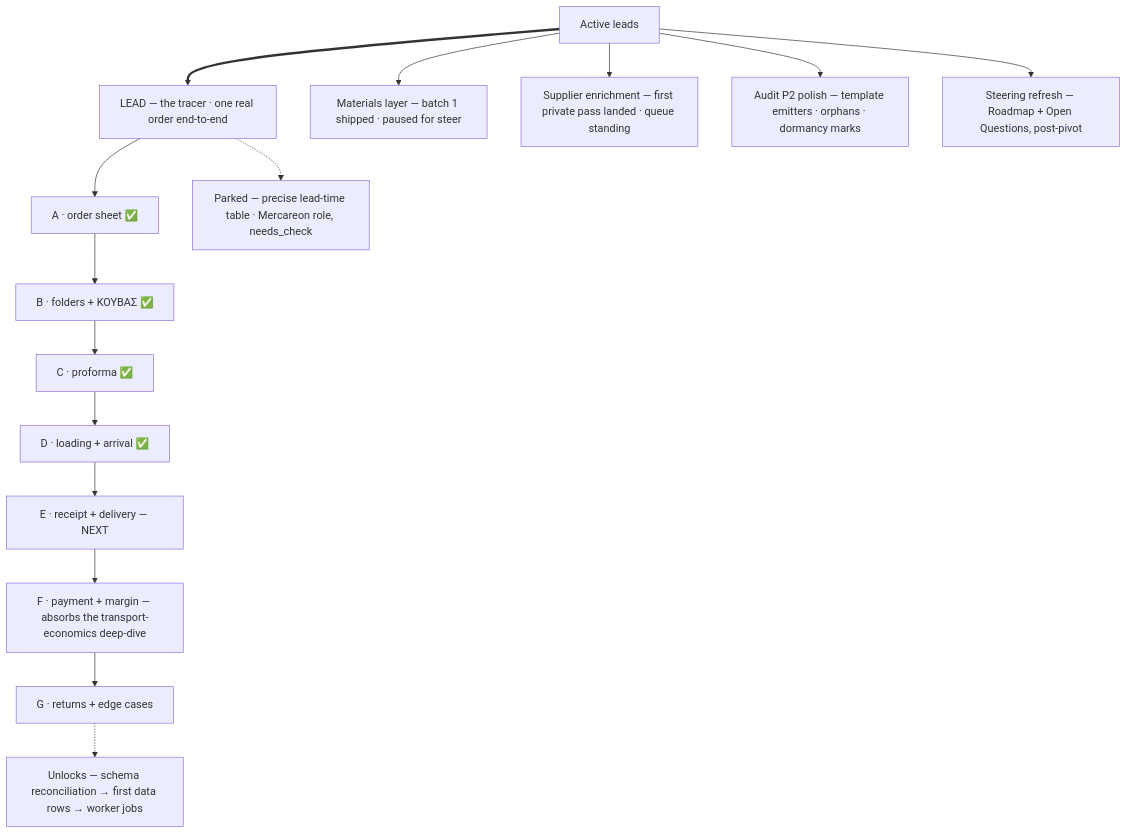
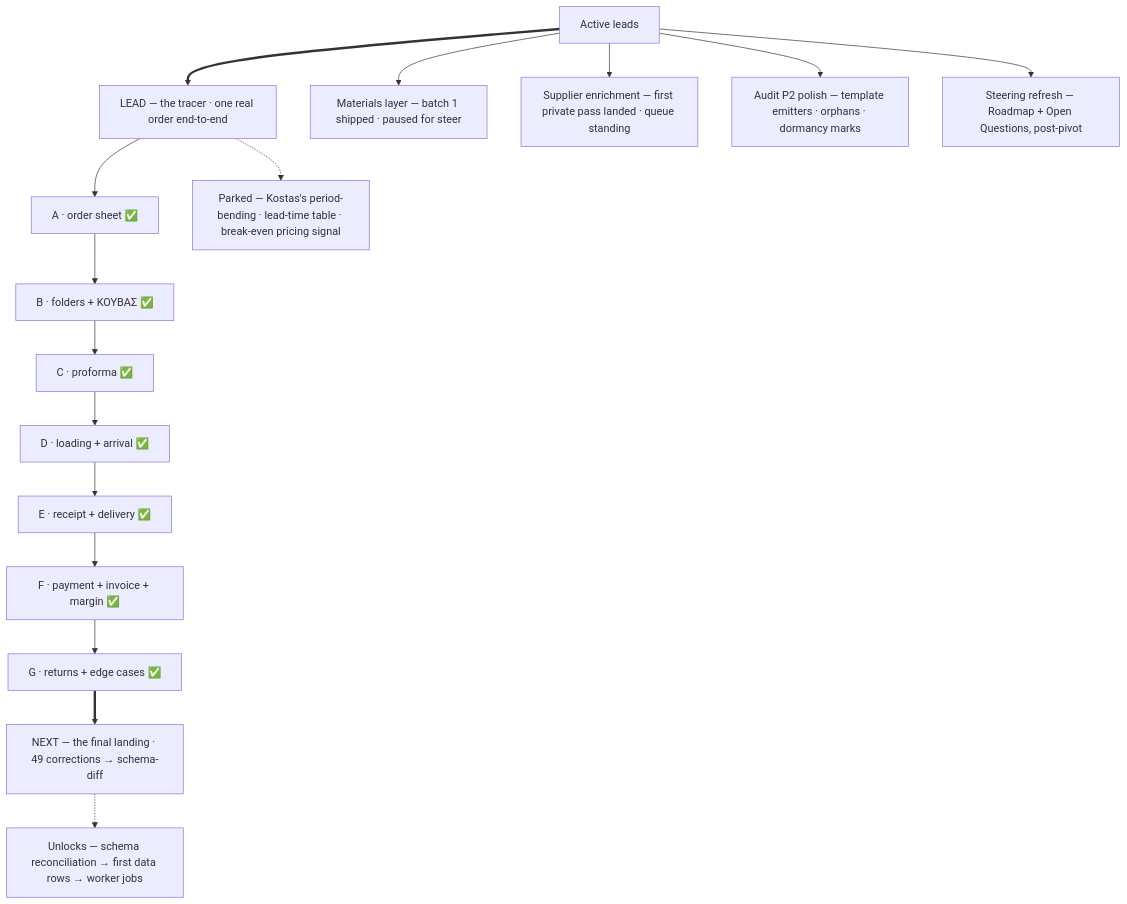
Before and after one commit to OrfeasDelis/afoi-deli-vault: the fourth of 4 diagrams in README.md, drawn with Mermaid. The commit also changed other lines of this file and 7 other files, not shown here.

Commit message:
docs: tracer interview COMPLETE — batches E/F/G settled, whole A-G walk done (49 schema-corrections); deleted Mercareon entity; state + repo analysis v1.3 + session log

````diff
--- a/README.md
+++ b/README.md
@@ -105,17 +105,18 @@
 ```mermaid
 graph TD
     leads["Active leads"] ==> tracer["LEAD — the tracer · one real order end-to-end"]
     leads --> mat["Materials layer — batch 1 shipped · paused for steer"]
     leads --> enr["Supplier enrichment — first private pass landed · queue standing"]
     leads --> p2["Audit P2 polish — template emitters · orphans · dormancy marks"]
     leads --> steer["Steering refresh — Roadmap + Open Questions, post-pivot"]
     tracer --> ta["A · order sheet ✅"]
     ta --> tb["B · folders + ΚΟΥΒΑΣ ✅"]
     tb --> tc["C · proforma ✅"]
     tc --> td["D · loading + arrival ✅"]
-    td --> te["E · receipt + delivery — NEXT"]
-    te --> tf["F · payment + margin — absorbs the transport-economics deep-dive"]
-    tf --> tg["G · returns + edge cases"]
-    tracer -.-> parked["Parked — precise lead-time table · Mercareon role, needs_check"]
-    tg -.-> unlock["Unlocks — schema reconciliation → first data rows → worker jobs"]
+    td --> te["E · receipt + delivery ✅"]
+    te --> tf["F · payment + invoice + margin ✅"]
+    tf --> tg["G · returns + edge cases ✅"]
+    tg ==> landing["NEXT — the final landing · 49 corrections → schema-diff"]
+    tracer -.-> parked["Parked — Kostas's period-bending · lead-time table · break-even pricing signal"]
+    landing -.-> unlock["Unlocks — schema reconciliation → first data rows → worker jobs"]
 ```
````
